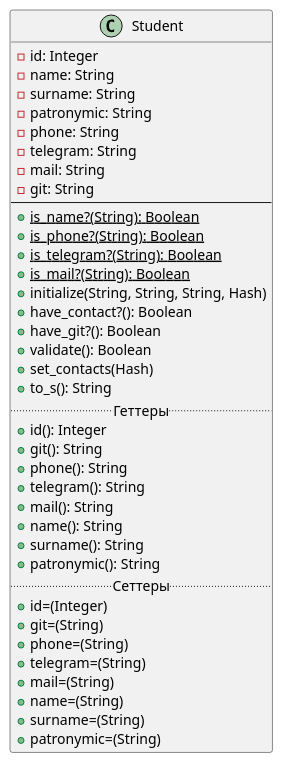
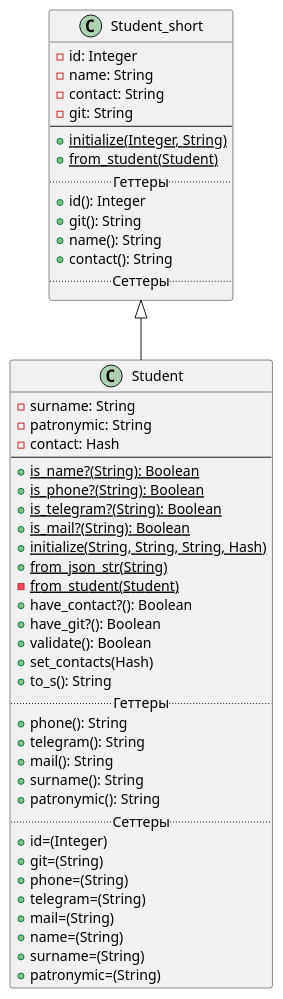
Before and after one commit to VitalijGolovij/PatternProgLabs: the diagram in Lab2/task1/StudentDiagram.puml, drawn with PlantUML.

Commit message:
добавил диаграмму

```diff
--- a/Lab2/task1/StudentDiagram.puml
+++ b/Lab2/task1/StudentDiagram.puml
@@ -1,45 +1,54 @@
 @startuml
 'https://plantuml.com/sequence-diagram
+Class Student_short
+ {
+      -id: Integer
+      -name: String
+      -contact: String
+      -git: String
+ --
+      +{static}initialize(Integer, String)
+      +{static}from_student(Student)
+      .. Геттеры ..
+      +id(): Integer
+      +git(): String
+      +name(): String
+      +contact(): String
+      .. Сеттеры ..
+  }
 
-Class Student
-{
-     -id: Integer
-     -name: String
+
+Class Student extends Student_short{
      -surname: String
      -patronymic: String
-     -phone: String
-     -telegram: String
-     -mail: String
-     -git: String
+     -contact: Hash
 --
      +{static}is_name?(String): Boolean
      +{static}is_phone?(String): Boolean
      +{static}is_telegram?(String): Boolean
      +{static}is_mail?(String): Boolean
-     +initialize(String, String, String, Hash)
+     +{static}initialize(String, String, String, Hash)
+     +{static}from_json_str(String)
+     -{static}from_student(Student)
      +have_contact?(): Boolean
      +have_git?(): Boolean
      +validate(): Boolean
      +set_contacts(Hash)
      +to_s(): String
      .. Геттеры ..
-     +id(): Integer
-     +git(): String
      +phone(): String
      +telegram(): String
      +mail(): String
-     +name(): String
      +surname(): String
      +patronymic(): String
      .. Сеттеры ..
      +id=(Integer)
      +git=(String)
      +phone=(String)
      +telegram=(String)
      +mail=(String)
      +name=(String)
      +surname=(String)
      +patronymic=(String)
  }
-
 @enduml
```
